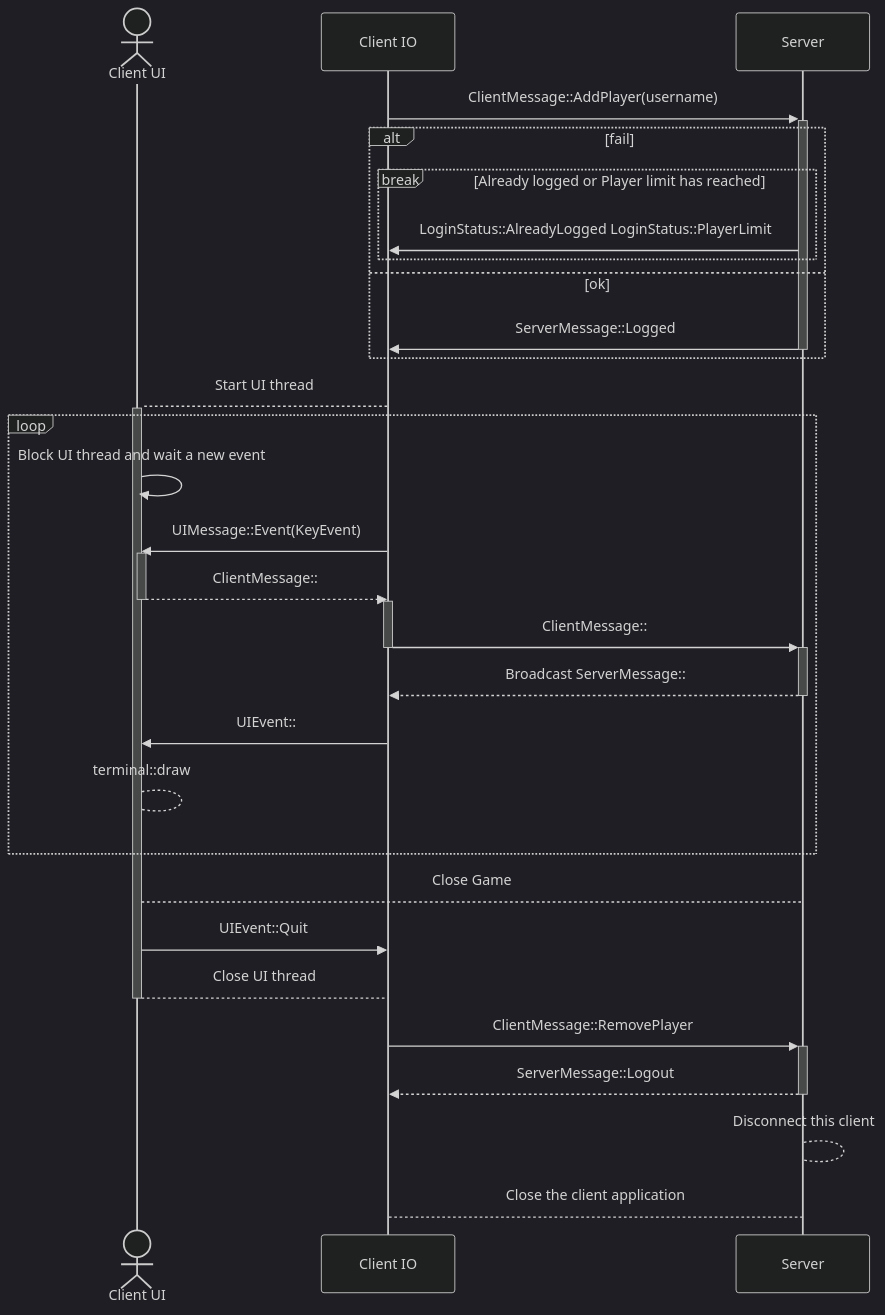
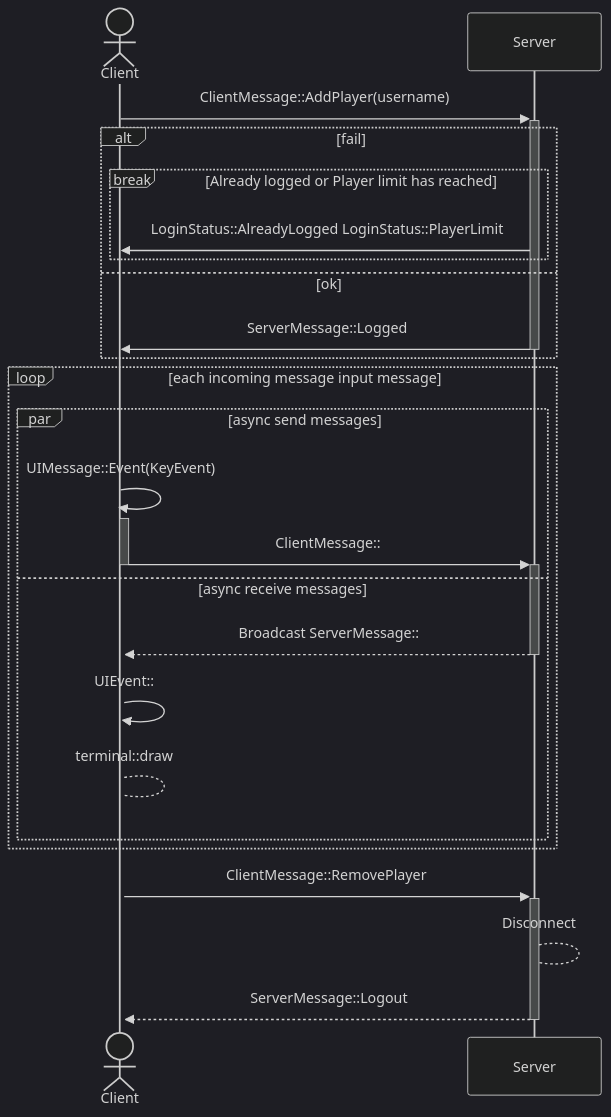
The diagram in README.md (39555/kobuleti), drawn with Mermaid (dark theme) before and after one commit.

Commit message:
chore(README): upd mermaid sequence

````diff
--- a/README.md
+++ b/README.md
@@ -2,36 +2,32 @@
 ```mermaid
 sequenceDiagram
-    actor UI as Client UI
-    participant C as Client IO
+    actor C as Client
     participant S as Server
     C->>+S: ClientMessage::AddPlayer(username)
     alt fail
         break Already logged or Player limit has reached
         S->>C: LoginStatus::AlreadyLogged LoginStatus::PlayerLimit
         end
     else ok
         S->>-C: ServerMessage::Logged
     end
-    C-->+UI: Start UI thread
 
-    loop
-        
-        UI->>UI: Block UI thread and wait a new event
-        C->>+UI: UIMessage::Event(KeyEvent)
-        UI-->>-C: ClientMessage::
-        activate C
-        C->>+S: ClientMessage::
-        deactivate C
-        S-->>-C : Broadcast ServerMessage::
-        C->>UI : UIEvent::
-        UI-->UI: terminal::draw
+    loop each incoming message input message
+        par async send messages
+            C->>+C: UIMessage::Event(KeyEvent)
+            activate C
+            C->>+S: ClientMessage::
+            deactivate C
+        and    async receive messages
+            S-->>-C : Broadcast ServerMessage::
+            C->>C : UIEvent::
+            C-->C: terminal::draw
+        end
     end
-    UI-->S : Close Game
-    UI->>C : UIEvent::Quit
-    UI-->-C: Close UI thread
     C->>+S : ClientMessage::RemovePlayer
+    S-->S : Disconnect
     S-->>-C : ServerMessage::Logout
-    S-->S : Disconnect this client
-    C-->S : Close the client application
+    
+
     
 ```
````
